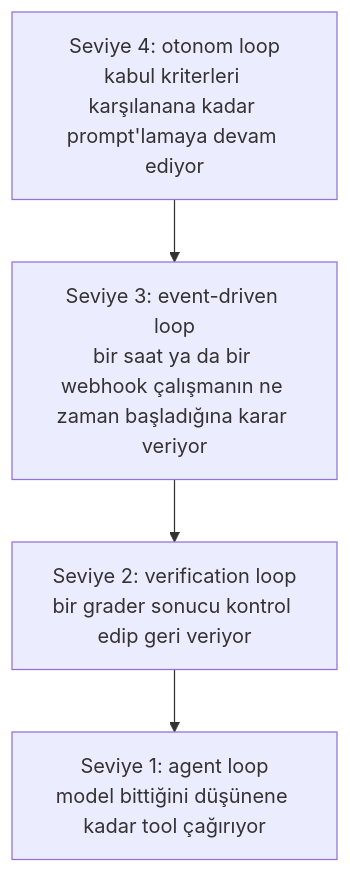
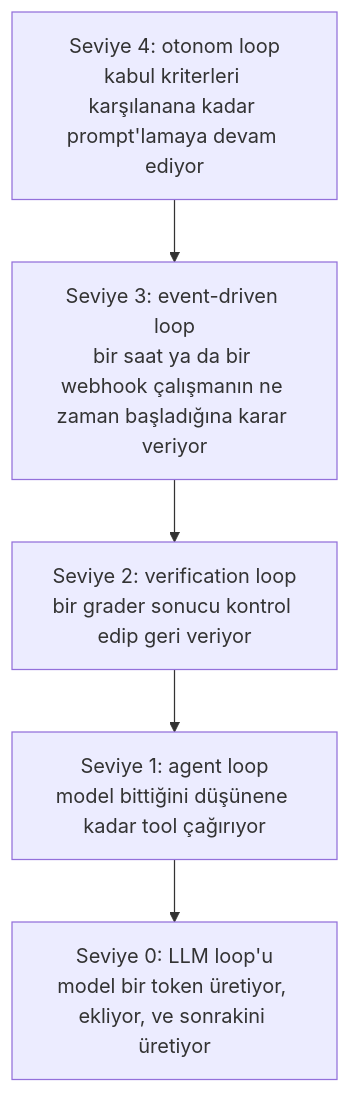
One commit to lokumai/ai-engineering-bazaar changed the first of 2 diagrams in mini-courses/2_intermediate/loop_engineering_tr.md. Above: the diagram before and after it, drawn with Mermaid. The commit also changed other lines of this file and 70 other files, not shown here.

````diff
--- a/mini-courses/2_intermediate/loop_engineering_tr.md
+++ b/mini-courses/2_intermediate/loop_engineering_tr.md
@@ -24,7 +31,8 @@
 ```mermaid
 graph TD
     L4["Seviye 4: otonom loop<br/>kabul kriterleri karşılanana kadar prompt'lamaya devam ediyor"] --> L3
     L3["Seviye 3: event-driven loop<br/>bir saat ya da bir webhook çalışmanın ne zaman başladığına karar veriyor"] --> L2
     L2["Seviye 2: verification loop<br/>bir grader sonucu kontrol edip geri veriyor"] --> L1
-    L1["Seviye 1: agent loop<br/>model bittiğini düşünene kadar tool çağırıyor"]
+    L1["Seviye 1: agent loop<br/>model bittiğini düşünene kadar tool çağırıyor"] --> L0
+    L0["Seviye 0: LLM loop'u<br/>model bir token üretiyor, ekliyor, ve sonrakini üretiyor"]
 ```
````
